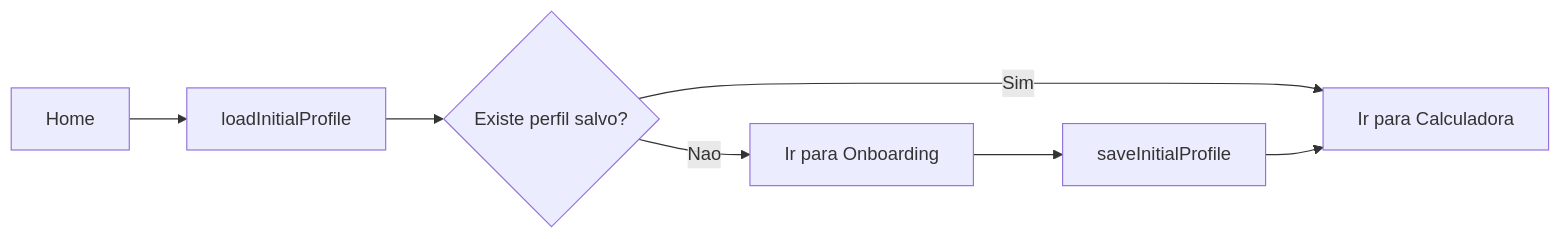
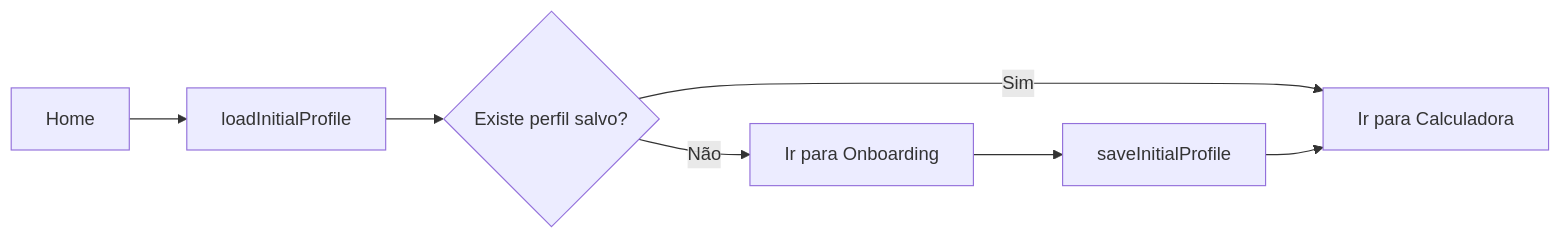
One commit to hlfreinoso/Quanto-Custa-na-Vida-Real changed the fourth of 4 diagrams in docs/flowchart.md. Above: the diagram before and after it, drawn with Mermaid. The commit also changed other lines of this file and 9 other files, not shown here.

````diff
--- a/docs/flowchart.md
+++ b/docs/flowchart.md
@@ -60,9 +60,9 @@
 ```mermaid
 flowchart LR
   A[Home] --> B[loadInitialProfile]
   B --> C{Existe perfil salvo?}
   C -- Sim --> D[Ir para Calculadora]
-  C -- Nao --> E[Ir para Onboarding]
+  C -- Não --> E[Ir para Onboarding]
   E --> F[saveInitialProfile]
   F --> D
 ```
````
